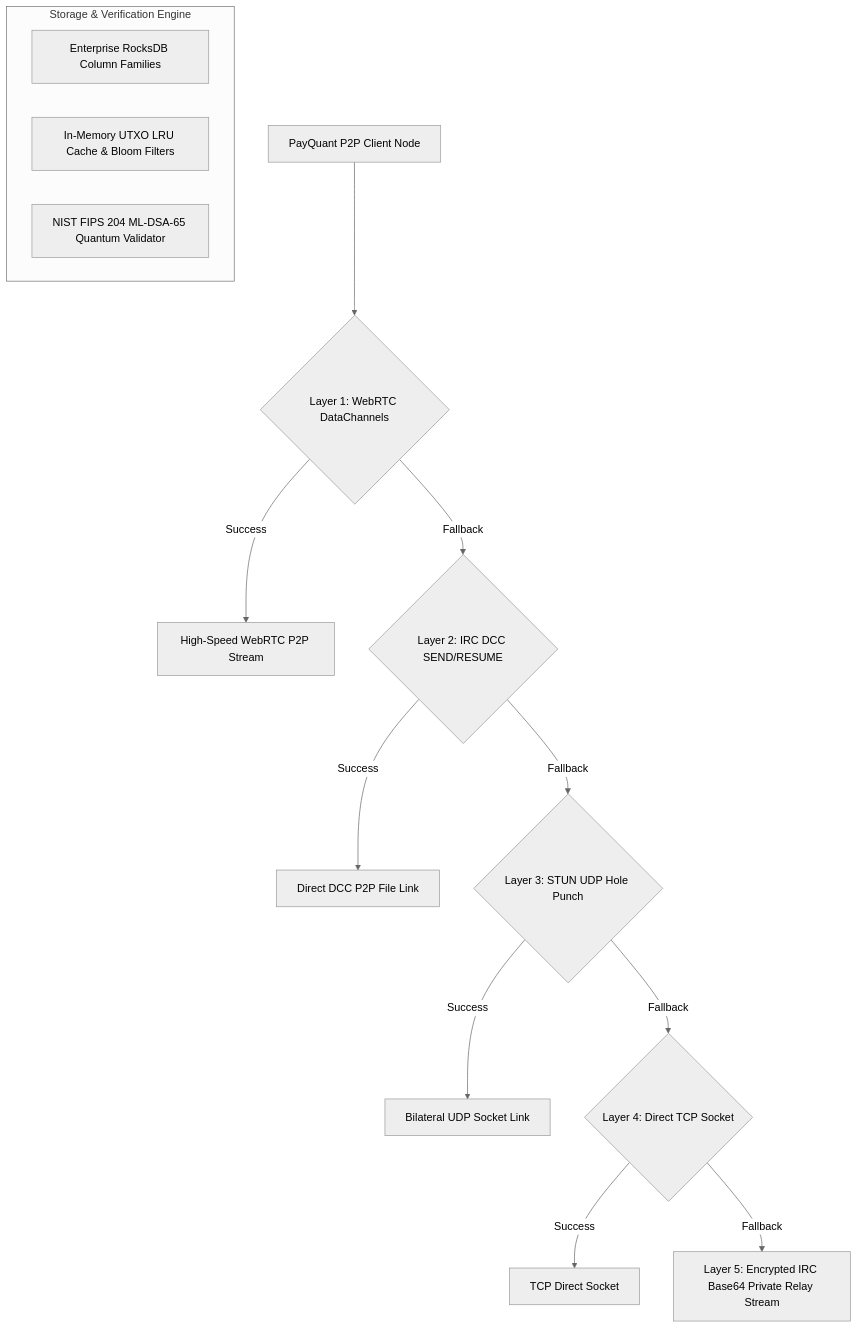
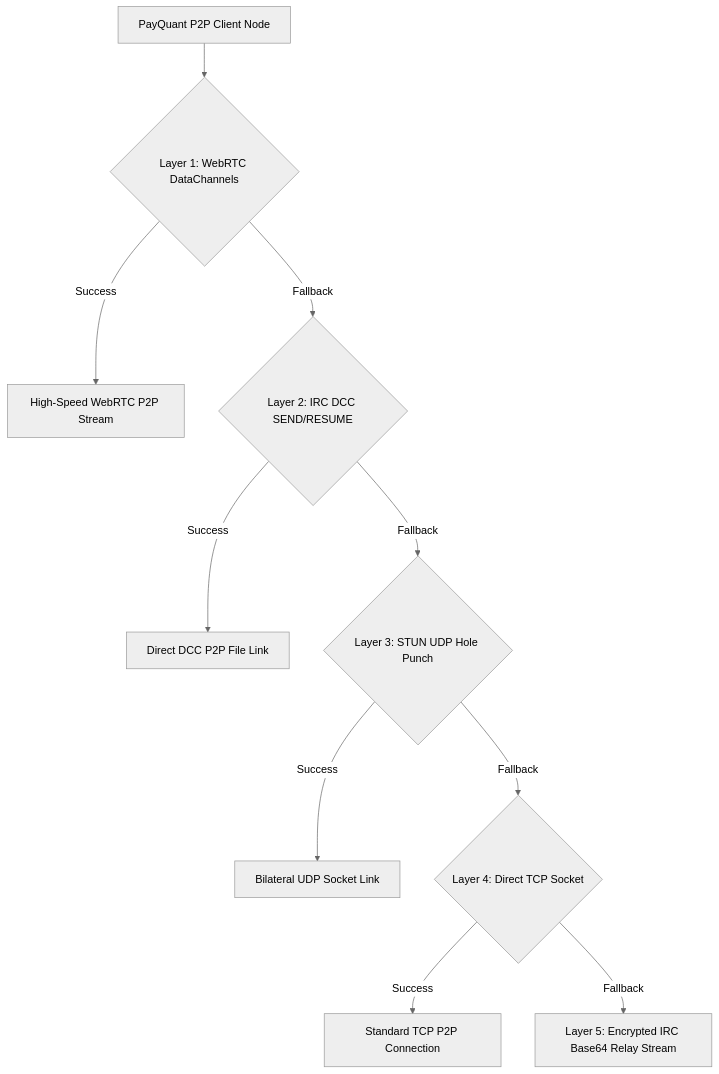
One commit to timfromhcs/payquant changed the diagram in README.md. Above: the diagram before and after it, drawn with Mermaid (neutral theme). The commit also changed other lines of this file and 7 other files, not shown here.

````diff
--- a/README.md
+++ b/README.md
@@ -43,18 +48,12 @@
 ```mermaid
 graph TD
     A[PayQuant P2P Client Node] --> B{Layer 1: WebRTC DataChannels}
     B -- Success --> C[High-Speed WebRTC P2P Stream]
     B -- Fallback --> D{Layer 2: IRC DCC SEND/RESUME}
     D -- Success --> E[Direct DCC P2P File Link]
     D -- Fallback --> F{Layer 3: STUN UDP Hole Punch}
     F -- Success --> G[Bilateral UDP Socket Link]
     F -- Fallback --> H{Layer 4: Direct TCP Socket}
-    H -- Success --> I[TCP Direct Socket]
-    H -- Fallback --> J[Layer 5: Encrypted IRC Base64 Private Relay Stream]
-
-    subgraph Storage & Verification Engine
-        K[Enterprise RocksDB Column Families]
-        L[In-Memory UTXO LRU Cache & Bloom Filters]
-        M[NIST FIPS 204 ML-DSA-65 Quantum Validator]
-    end
+    H -- Success --> I[Standard TCP P2P Connection]
+    H -- Fallback --> J[Layer 5: Encrypted IRC Base64 Relay Stream]
 ```
````
